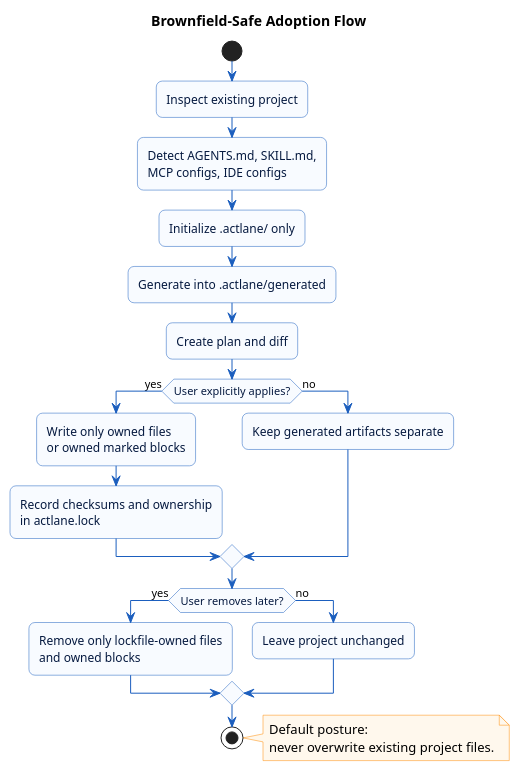
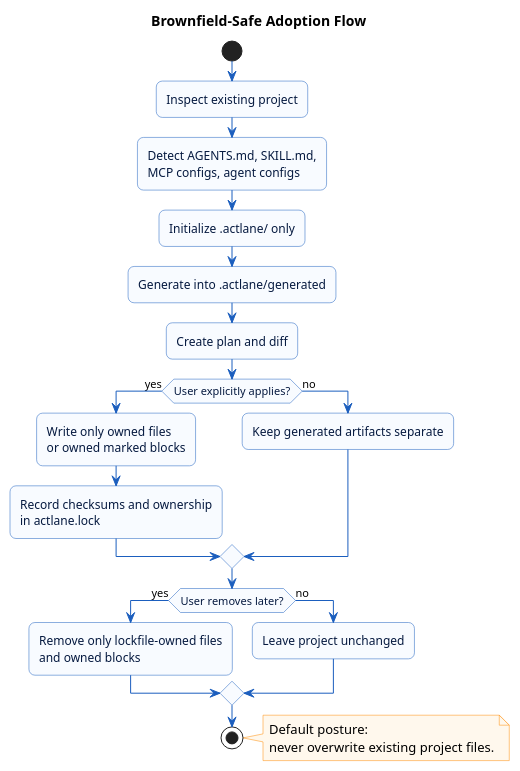
One commit to bakaut/actlane changed the diagram in diagrams/plantuml/brownfield-adoption-flow.puml. Above: the diagram before and after it, drawn with PlantUML. The commit also changed 49 other files, not shown here.

```diff
--- a/diagrams/plantuml/brownfield-adoption-flow.puml
+++ b/diagrams/plantuml/brownfield-adoption-flow.puml
@@ -1,40 +1,40 @@
 @startuml
 skinparam backgroundColor #FFFFFF
 skinparam shadowing false
 skinparam roundcorner 12
 skinparam ArrowColor #1B5EBE
 skinparam ActivityBorderColor #1B5EBE
 skinparam ActivityBackgroundColor #F8FBFF
 skinparam ActivityFontColor #061A40
 skinparam NoteBackgroundColor #FFF8ED
 skinparam NoteBorderColor #FF8A00
 
 title Brownfield-Safe Adoption Flow
 
 start
 :Inspect existing project;
-:Detect AGENTS.md, SKILL.md,\nMCP configs, IDE configs;
+:Detect AGENTS.md, SKILL.md,\nMCP configs, agent configs;
 :Initialize .actlane/ only;
 :Generate into .actlane/generated;
 :Create plan and diff;
 
 if (User explicitly applies?) then (yes)
   :Write only owned files\nor owned marked blocks;
   :Record checksums and ownership\nin actlane.lock;
 else (no)
   :Keep generated artifacts separate;
 endif
 
 if (User removes later?) then (yes)
   :Remove only lockfile-owned files\nand owned blocks;
 else (no)
   :Leave project unchanged;
 endif
 
 stop
 
 note right
 Default posture:
 never overwrite existing project files.
 end note
 @enduml
```
